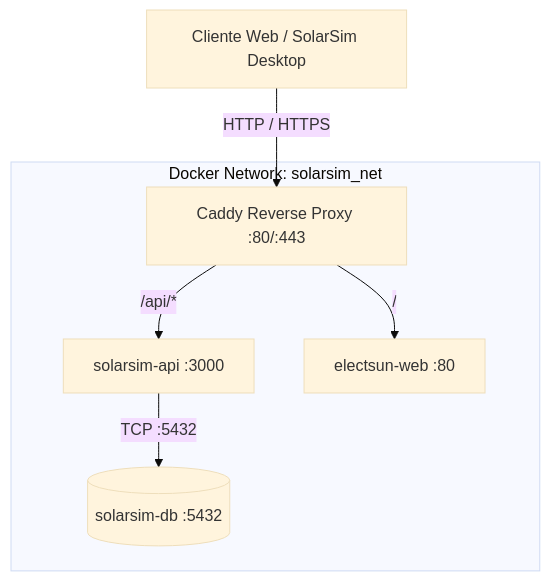
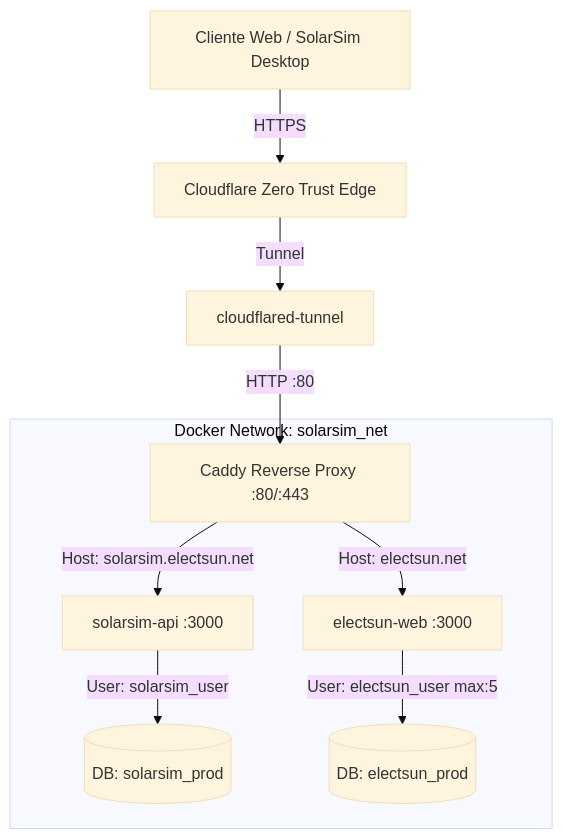
Before and after one commit to WilkerDev1/solarsim-pro: the diagram in infra/INFRASTRUCTURE.md, drawn with Mermaid (base theme). The commit also changed other lines of this file and 2 other files, not shown here.

Commit message:
docs(infra): update architecture docs and caddyfile with electsun-web coexistence and rbac segregation

````diff
--- a/infra/INFRASTRUCTURE.md
+++ b/infra/INFRASTRUCTURE.md
@@ -24,10 +24,13 @@
 ```mermaid
 graph TD
-    Client[Cliente Web / SolarSim Desktop] -->|HTTP / HTTPS| Caddy[Caddy Reverse Proxy :80/:443]
+    Client[Cliente Web / SolarSim Desktop] -->|HTTPS| Cloudflare[Cloudflare Zero Trust Edge]
+    Cloudflare -->|Tunnel| Cloudflared[cloudflared-tunnel]
+    Cloudflared -->|HTTP :80| Caddy[Caddy Reverse Proxy :80/:443]
     
     subgraph Docker Network: solarsim_net
-        Caddy -->|/api/*| SyncAPI[solarsim-api :3000]
-        Caddy -->|/| WebSite[electsun-web :80]
-        SyncAPI -->|TCP :5432| Postgres[(solarsim-db :5432)]
+        Caddy -->|Host: solarsim.electsun.net| SyncAPI[solarsim-api :3000]
+        Caddy -->|Host: electsun.net| WebSite[electsun-web :3000]
+        SyncAPI -->|User: solarsim_user| PostgresSolarsim[(DB: solarsim_prod)]
+        WebSite -->|User: electsun_user max:5| PostgresElectsun[(DB: electsun_prod)]
     end
 ```
````
